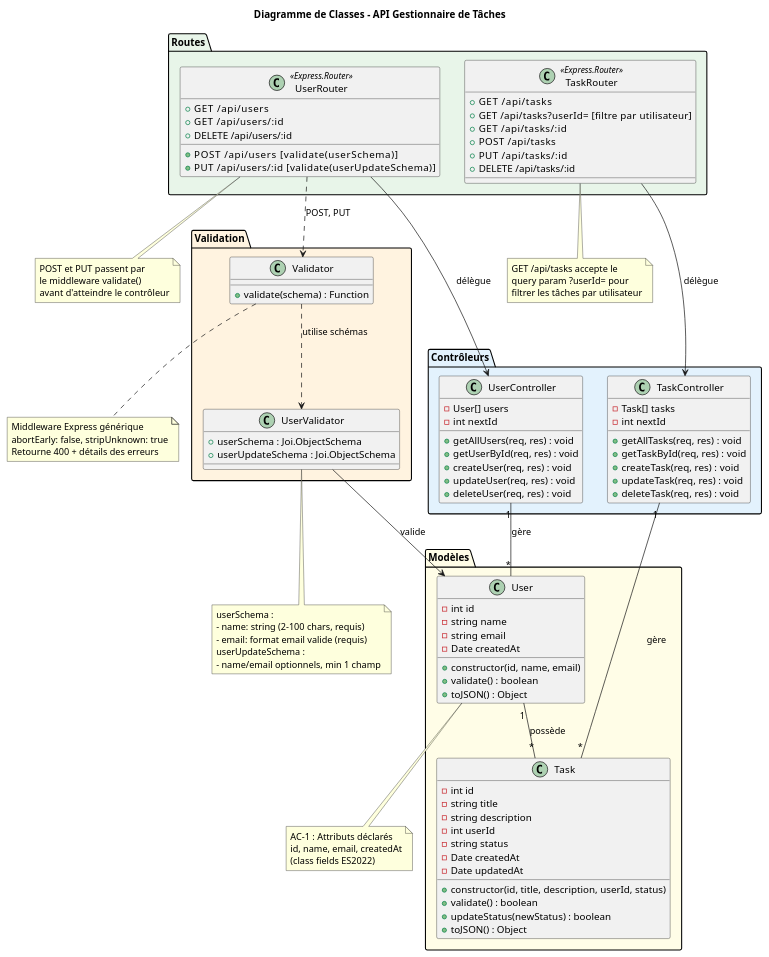
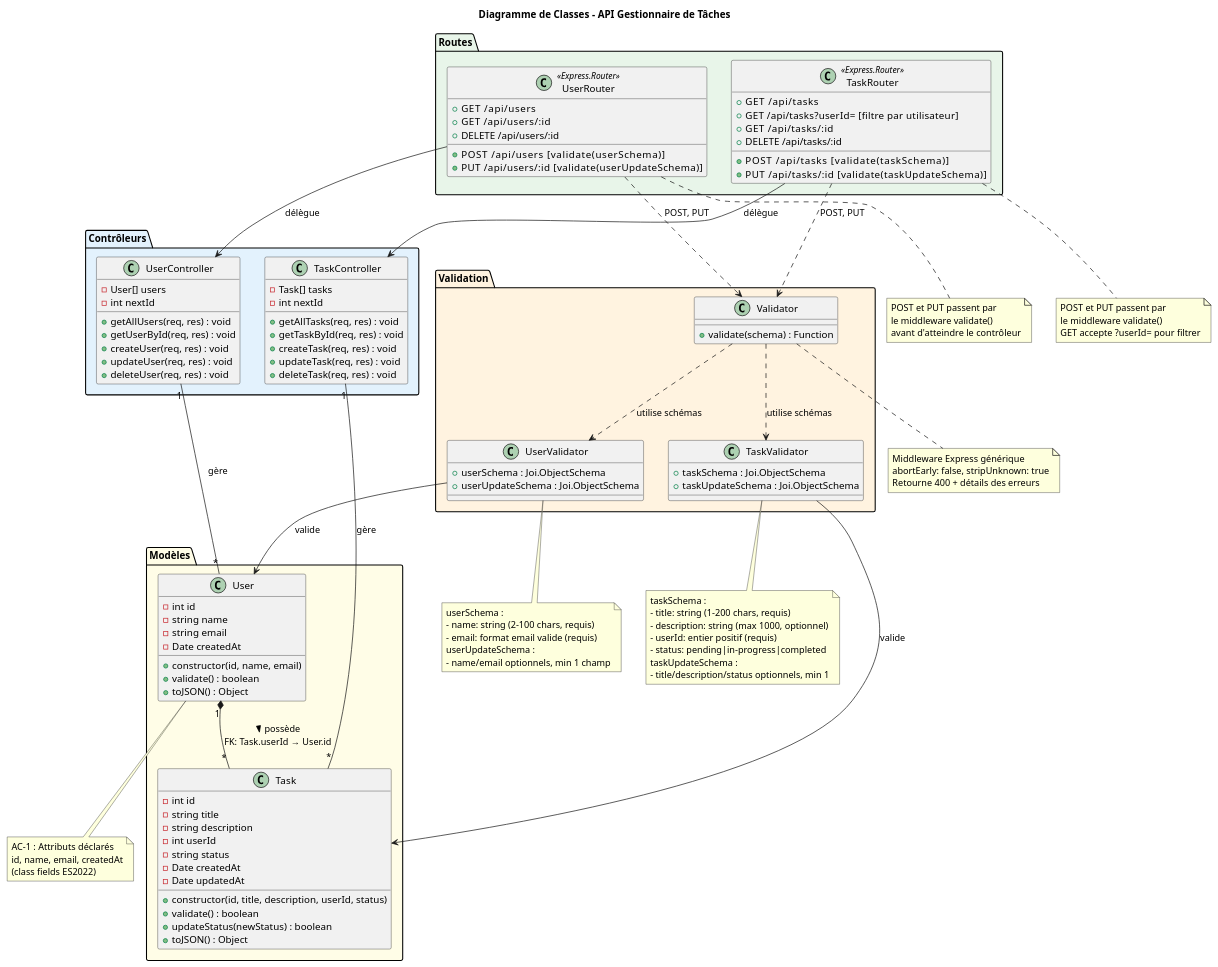
Before and after one commit to malek0501/DoneProject: the diagram in diagramme/classes.puml, drawn with PlantUML. The commit also changed 5 other files, not shown here.

```diff
--- a/diagramme/classes.puml
+++ b/diagramme/classes.puml
@@ -1,122 +1,140 @@
 @startuml
 title Diagramme de Classes - API Gestionnaire de Tâches
 
 package "Modèles" #FFFDE7 {
     class User {
         -int id
         -string name
         -string email
         -Date createdAt
         +constructor(id, name, email)
         +validate() : boolean
         +toJSON() : Object
     }
 
     class Task {
         -int id
         -string title
         -string description
         -int userId
         -string status
         -Date createdAt
         -Date updatedAt
         +constructor(id, title, description, userId, status)
         +validate() : boolean
         +updateStatus(newStatus) : boolean
         +toJSON() : Object
     }
 }
 
 package "Contrôleurs" #E3F2FD {
     class UserController {
         -User[] users
         -int nextId
         +getAllUsers(req, res) : void
         +getUserById(req, res) : void
         +createUser(req, res) : void
         +updateUser(req, res) : void
         +deleteUser(req, res) : void
     }
 
     class TaskController {
         -Task[] tasks
         -int nextId
         +getAllTasks(req, res) : void
         +getTaskById(req, res) : void
         +createTask(req, res) : void
         +updateTask(req, res) : void
         +deleteTask(req, res) : void
     }
 }
 
 package "Routes" #E8F5E9 {
     class UserRouter <<Express.Router>> {
         +GET    /api/users
         +GET    /api/users/:id
         +POST   /api/users        [validate(userSchema)]
         +PUT    /api/users/:id     [validate(userUpdateSchema)]
         +DELETE /api/users/:id
     }
 
     class TaskRouter <<Express.Router>> {
         +GET    /api/tasks
         +GET    /api/tasks?userId=  [filtre par utilisateur]
         +GET    /api/tasks/:id
-        +POST   /api/tasks
-        +PUT    /api/tasks/:id
+        +POST   /api/tasks         [validate(taskSchema)]
+        +PUT    /api/tasks/:id      [validate(taskUpdateSchema)]
         +DELETE /api/tasks/:id
     }
 }
 
 package "Validation" #FFF3E0 {
     class UserValidator {
         +userSchema : Joi.ObjectSchema
         +userUpdateSchema : Joi.ObjectSchema
+    }
+
+    class TaskValidator {
+        +taskSchema : Joi.ObjectSchema
+        +taskUpdateSchema : Joi.ObjectSchema
     }
 
     class Validator {
         +validate(schema) : Function
     }
 }
 
 note bottom of User
   AC-1 : Attributs déclarés
   id, name, email, createdAt
   (class fields ES2022)
 end note
 
 note bottom of UserRouter
   POST et PUT passent par
   le middleware validate()
   avant d'atteindre le contrôleur
 end note
 
 note bottom of TaskRouter
-  GET /api/tasks accepte le
-  query param ?userId= pour
-  filtrer les tâches par utilisateur
+  POST et PUT passent par
+  le middleware validate()
+  GET accepte ?userId= pour filtrer
 end note
 
 note bottom of UserValidator
   userSchema :
   - name: string (2-100 chars, requis)
   - email: format email valide (requis)
   userUpdateSchema :
   - name/email optionnels, min 1 champ
 end note
 
+note bottom of TaskValidator
+  taskSchema :
+  - title: string (1-200 chars, requis)
+  - description: string (max 1000, optionnel)
+  - userId: entier positif (requis)
+  - status: pending|in-progress|completed
+  taskUpdateSchema :
+  - title/description/status optionnels, min 1
+end note
+
 note bottom of Validator
   Middleware Express générique
   abortEarly: false, stripUnknown: true
   Retourne 400 + détails des erreurs
 end note
 
-User "1" -- "*" Task : possède
+User "1" *-- "*" Task : possède  >\nFK: Task.userId → User.id
 UserController "1" -- "*" User : gère
 TaskController "1" -- "*" Task : gère
 UserRouter --> UserController : délègue
 TaskRouter --> TaskController : délègue
 UserRouter ..> Validator : POST, PUT
+TaskRouter ..> Validator : POST, PUT
 Validator ..> UserValidator : utilise schémas
+Validator ..> TaskValidator : utilise schémas
 UserValidator --> User : valide
+TaskValidator --> Task : valide
 @enduml
```
